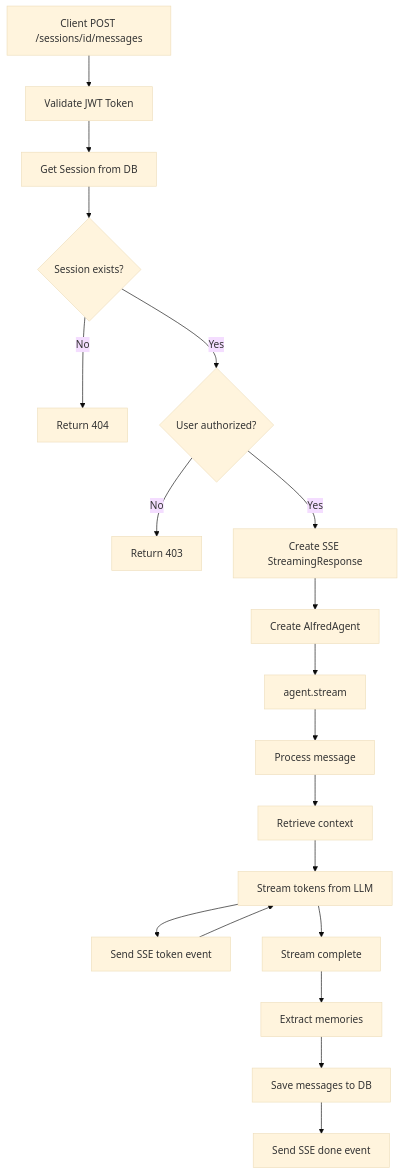
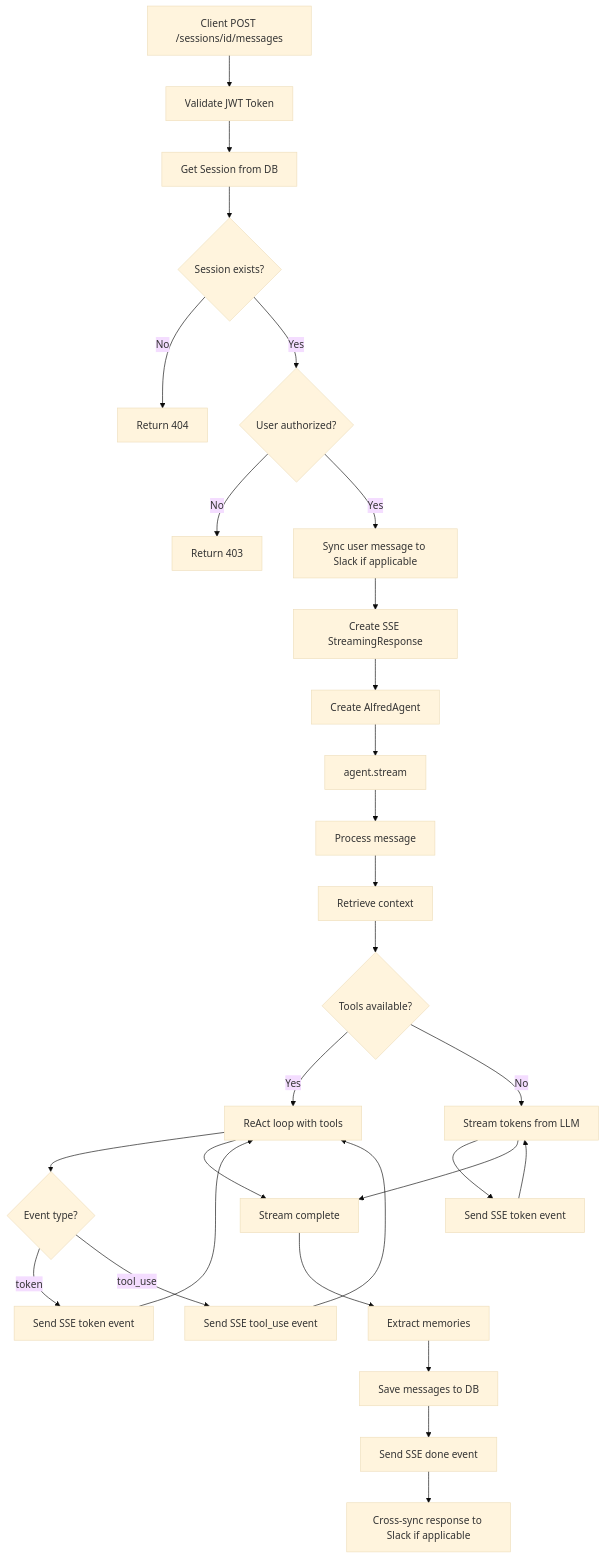
One commit to tekkno89/alfred-pa changed the diagram in .claude/diagrams/chat-api-flow.md. Above: the diagram before and after it, drawn with Mermaid (base theme). The commit also changed other lines of this file and 7 other files, not shown here.

First line of the commit message:
docs: Update diagrams and docs for web search and tool-calling system

````diff
--- a/.claude/diagrams/chat-api-flow.md
+++ b/.claude/diagrams/chat-api-flow.md
@@ -5,21 +5,31 @@
 ```mermaid
 graph TD
     A[Client POST /sessions/id/messages] --> B[Validate JWT Token]
     B --> C[Get Session from DB]
     C --> D{Session exists?}
     D -->|No| E[Return 404]
     D -->|Yes| F{User authorized?}
     F -->|No| G[Return 403]
-    F -->|Yes| H[Create SSE StreamingResponse]
-    H --> I[Create AlfredAgent]
-    I --> J[agent.stream]
-    J --> K[Process message]
-    K --> L[Retrieve context]
-    L --> M[Stream tokens from LLM]
-    M --> N[Send SSE token event]
-    N --> M
-    M --> O[Stream complete]
-    O --> P[Extract memories]
-    P --> Q[Save messages to DB]
-    Q --> R[Send SSE done event]
+    F -->|Yes| H[Sync user message to Slack if applicable]
+    H --> I[Create SSE StreamingResponse]
+    I --> J[Create AlfredAgent]
+    J --> K[agent.stream]
+    K --> L[Process message]
+    L --> M[Retrieve context]
+    M --> N{Tools available?}
+    N -->|Yes| O[ReAct loop with tools]
+    N -->|No| P[Stream tokens from LLM]
+    O --> Q{Event type?}
+    Q -->|token| R[Send SSE token event]
+    Q -->|tool_use| S[Send SSE tool_use event]
+    S --> O
+    R --> O
+    P --> R2[Send SSE token event]
+    R2 --> P
+    O --> T[Stream complete]
+    P --> T
+    T --> U[Extract memories]
+    U --> V[Save messages to DB]
+    V --> W[Send SSE done event]
+    W --> X[Cross-sync response to Slack if applicable]
 ```
````
